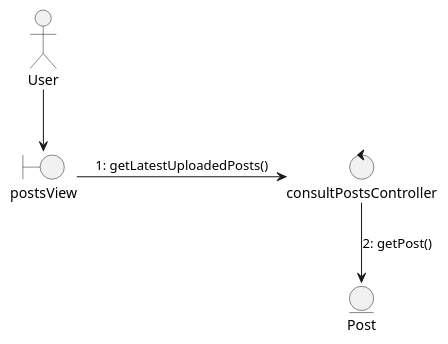
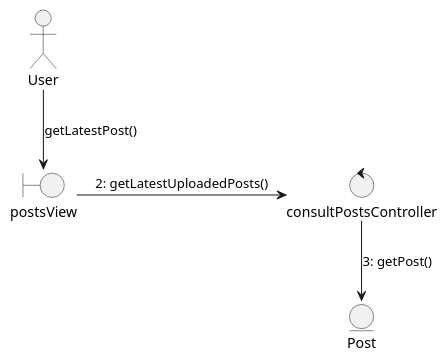
Before and after one commit to Dayannis-07/ING_SOFT: the diagram in docs/scenariosView/collaborationDiagram/useCase-ConsultarPublicaciones.puml, drawn with PlantUML. The commit also changed 3 other files, not shown here.

Commit message:
Corrections Analysis Class Diagram

```diff
--- a/docs/scenariosView/collaborationDiagram/useCase-ConsultarPublicaciones.puml
+++ b/docs/scenariosView/collaborationDiagram/useCase-ConsultarPublicaciones.puml
@@ -1,9 +1,9 @@
 @startuml consultar publicaciones
 actor User
 boundary "postsView" as view
-User-->view 
+User-->view : "getLatestPost()"
 control "consultPostsController" as controller
-view-r->controller :1: getLatestUploadedPosts()
+view-r->controller :2: getLatestUploadedPosts()
 entity "Post" as P
-controller-->P : 2: getPost()
+controller-->P : 3: getPost()
 @enduml
```
